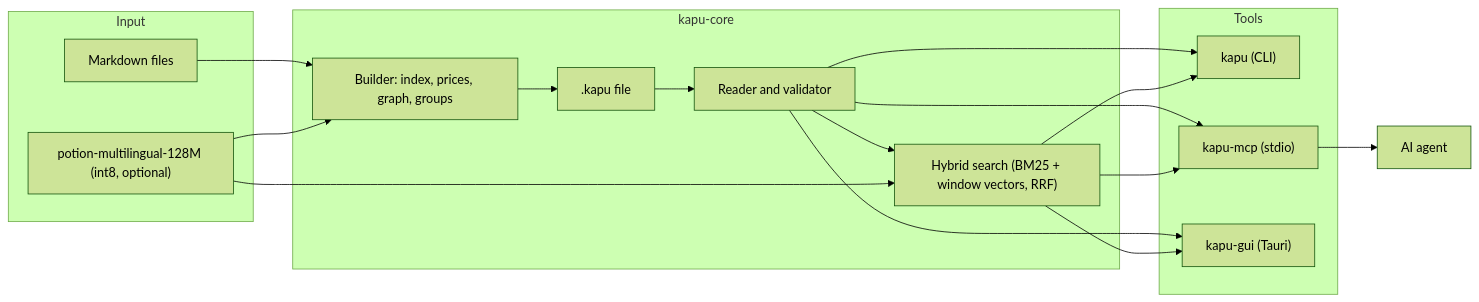
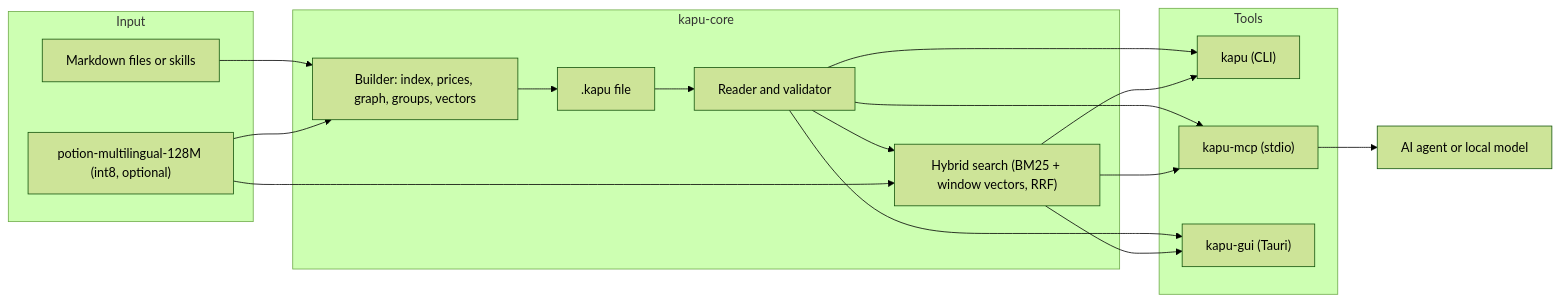
Before and after one commit to piszabolcs/kapu: the diagram in README.md, drawn with Mermaid (forest theme). The commit also changed other lines of this file and 59 other files, not shown here.

````diff
--- a/README.md
+++ b/README.md
@@ -150,25 +225,25 @@
 ```mermaid
 flowchart LR
   subgraph Input
-    MD["Markdown files"]
+    MD["Markdown files or skills"]
     MOD["potion-multilingual-128M (int8, optional)"]
   end
   subgraph Core["kapu-core"]
-    B["Builder: index, prices, graph, groups"]
+    B["Builder: index, prices, graph, groups, vectors"]
     F[".kapu file"]
     R["Reader and validator"]
     S["Hybrid search (BM25 + window vectors, RRF)"]
   end
   subgraph Tools
     CLI["kapu (CLI)"]
     MCP["kapu-mcp (stdio)"]
     GUI["kapu-gui (Tauri)"]
   end
-  AG["AI agent"]
+  AG["AI agent or local model"]
   MD --> B --> F --> R --> S
   MOD --> B
   MOD --> S
   R --> CLI & MCP & GUI
   S --> CLI & MCP & GUI
   MCP --> AG
 ```
````
